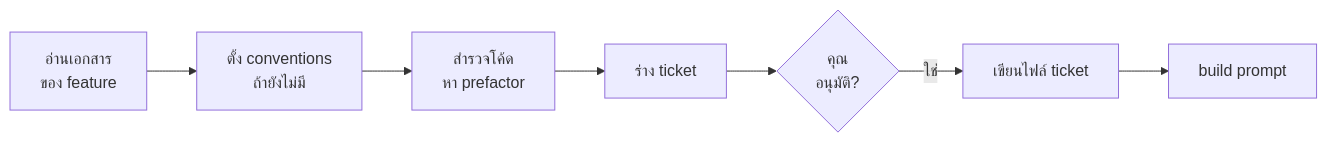
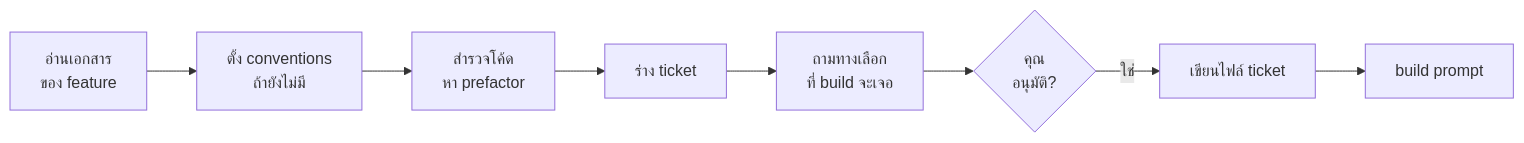
The fourth of 9 diagrams in docs/flow.th.md (mousemouse094526/kiki-kit), drawn with Mermaid before and after one commit. The commit also changed other lines of this file and 7 other files, not shown here.

````diff
--- a/docs/flow.th.md
+++ b/docs/flow.th.md
@@ -137,13 +139,14 @@
 ```mermaid
 flowchart LR
     C["อ่านเอกสาร<br/>ของ feature"]
     CV["ตั้ง conventions<br/>ถ้ายังไม่มี"]
     EX["สำรวจโค้ด<br/>หา prefactor"]
     DR["ร่าง ticket"]
+    CH["ถามทางเลือก<br/>ที่ build จะเจอ"]
     Q{"คุณ<br/>อนุมัติ?"}
     WR["เขียนไฟล์ ticket"]
     BP["build prompt"]
 
-    C --> CV --> EX --> DR --> Q
+    C --> CV --> EX --> DR --> CH --> Q
     Q -->|ใช่| WR --> BP
 ```
````
